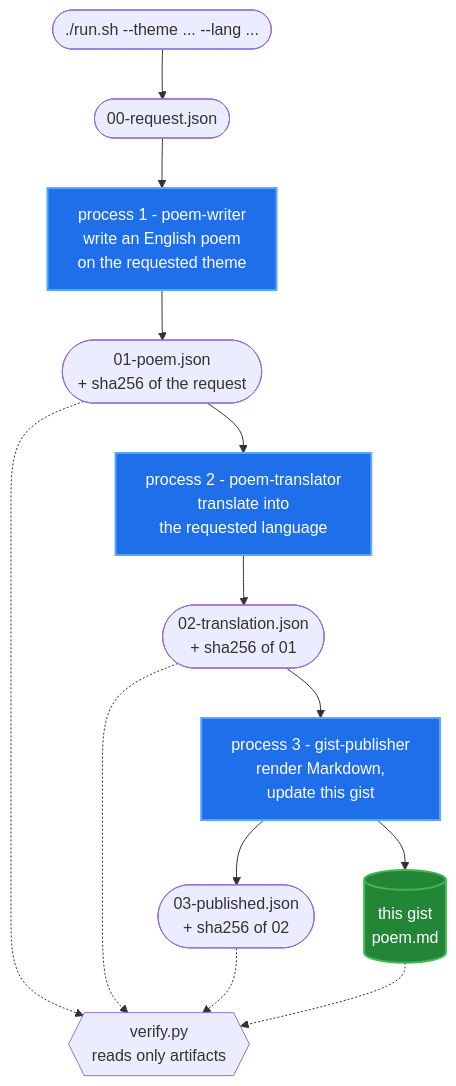
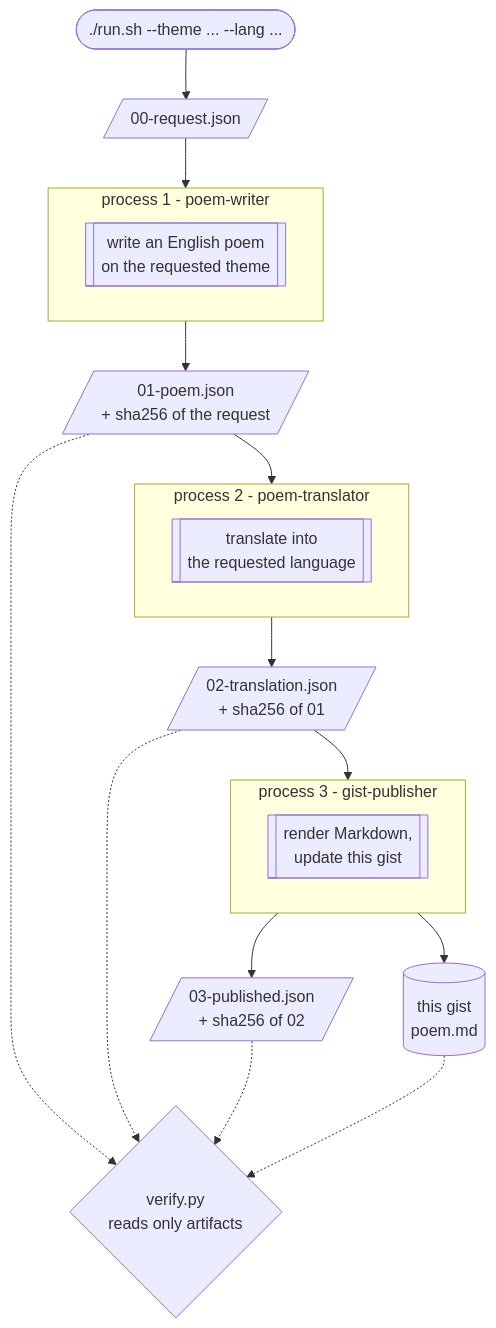
Before and after one commit to GoldenMaximo/Claude-Skill-Orchestration-Pipeline-Poem: the diagram in the-chain.md, drawn with Mermaid. The commit also changed other lines of this file, not shown here.

Commit message:
restore the process boxes, and let shape carry the meaning instead of colour
Edges now name the subgraph rather than the node inside it -- R --> P1, not
R --> S1. Naming the inner node is what made dagre route each arrow through the
cluster border to reach it; naming the cluster terminates the arrow on its edge.
That was the whole bug, and it lets the box-around-box come back, where the box
is the OS process boundary the POC is actually about.

All classDef colour is gone. Shapes do the work, one role each, following the
usual flowchart vocabulary:

  stadium       ./run.sh -- the terminator, where the flow starts
  parallelogram the handoff JSON -- data in transit, wiped every run
  double rect   each step -- a call out to a separate program
  cylinder      the gist -- the one thing here that persists
  diamond       verify.py -- returns a verdict

Verified against mermaid 10.9.1: parses, renders, 3 clusters, 12 edges, and zero
edge penetration into any cluster box, measured by walking every path at 2px
steps against each cluster's screen rect.

````diff
--- a/the-chain.md
+++ b/the-chain.md
@@ -15,27 +15,32 @@
 ```mermaid
 flowchart TD
-    F(["./run.sh --theme ... --lang ..."]) --> R(["00-request.json"])
+    F(["./run.sh --theme ... --lang ..."]) --> R[/"00-request.json"/]
 
-    R --> S1["process 1 - poem-writer<br/>write an English poem<br/>on the requested theme"]
-    S1 --> A1(["01-poem.json<br/>+ sha256 of the request"])
+    %% Edges point at the SUBGRAPH id, not the node inside it. Naming the inner
+    %% node makes dagre route the arrow through the cluster border to reach it,
+    %% which is what made the arrows look like they overlapped the box. Naming
+    %% the cluster terminates the arrow on its edge instead.
+    R --> P1
+    subgraph P1["process 1 - poem-writer"]
+        S1[["write an English poem<br/>on the requested theme"]]
+    end
+    P1 --> A1[/"01-poem.json<br/>+ sha256 of the request"/]
 
-    A1 --> S2["process 2 - poem-translator<br/>translate into<br/>the requested language"]
-    S2 --> A2(["02-translation.json<br/>+ sha256 of 01"])
+    A1 --> P2
+    subgraph P2["process 2 - poem-translator"]
+        S2[["translate into<br/>the requested language"]]
+    end
+    P2 --> A2[/"02-translation.json<br/>+ sha256 of 01"/]
 
-    A2 --> S3["process 3 - gist-publisher<br/>render Markdown,<br/>update this gist"]
-    S3 --> A3(["03-published.json<br/>+ sha256 of 02"])
-    S3 --> G[("this gist<br/>poem.md")]
+    A2 --> P3
+    subgraph P3["process 3 - gist-publisher"]
+        S3[["render Markdown,<br/>update this gist"]]
+    end
+    P3 --> A3[/"03-published.json<br/>+ sha256 of 02"/]
+    P3 --> G[("this gist<br/>poem.md")]
 
-    A1 -.-> V{{"verify.py<br/>reads only artifacts"}}
+    A1 -.-> V{"verify.py<br/>reads only artifacts"}
     A2 -.-> V
     A3 -.-> V
     G -.-> V
-
-    %% Both fill and text colour are set explicitly, so the processes read the
-    %% same whether GitHub serves the light or the dark mermaid theme. The
-    %% artifacts are left unstyled and follow whichever theme is in use.
-    classDef proc fill:#1f6feb,stroke:#58a6ff,stroke-width:2px,color:#ffffff
-    classDef gist fill:#238636,stroke:#3fb950,stroke-width:2px,color:#ffffff
-    class S1,S2,S3 proc
-    class G gist
 ```
````
